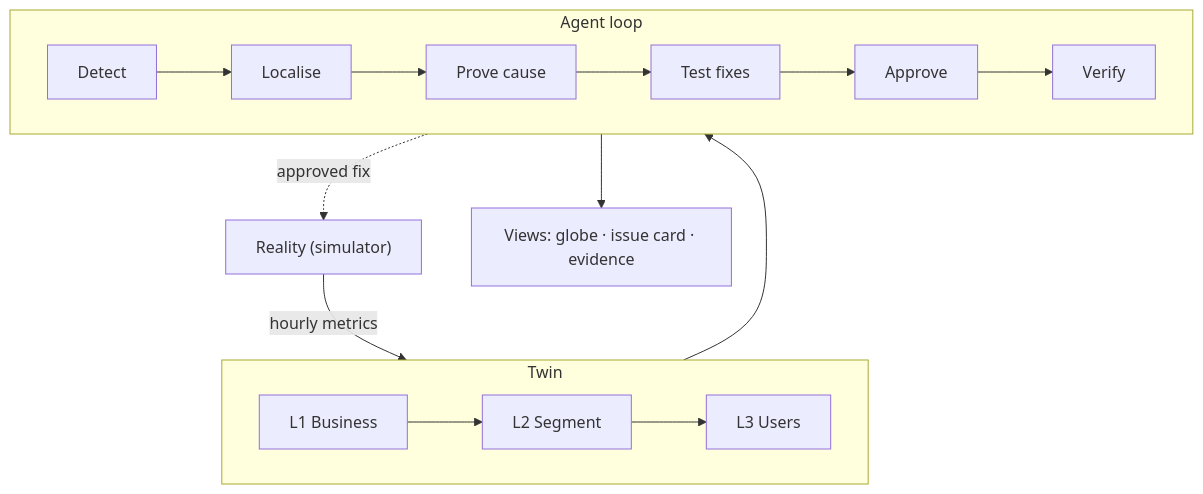
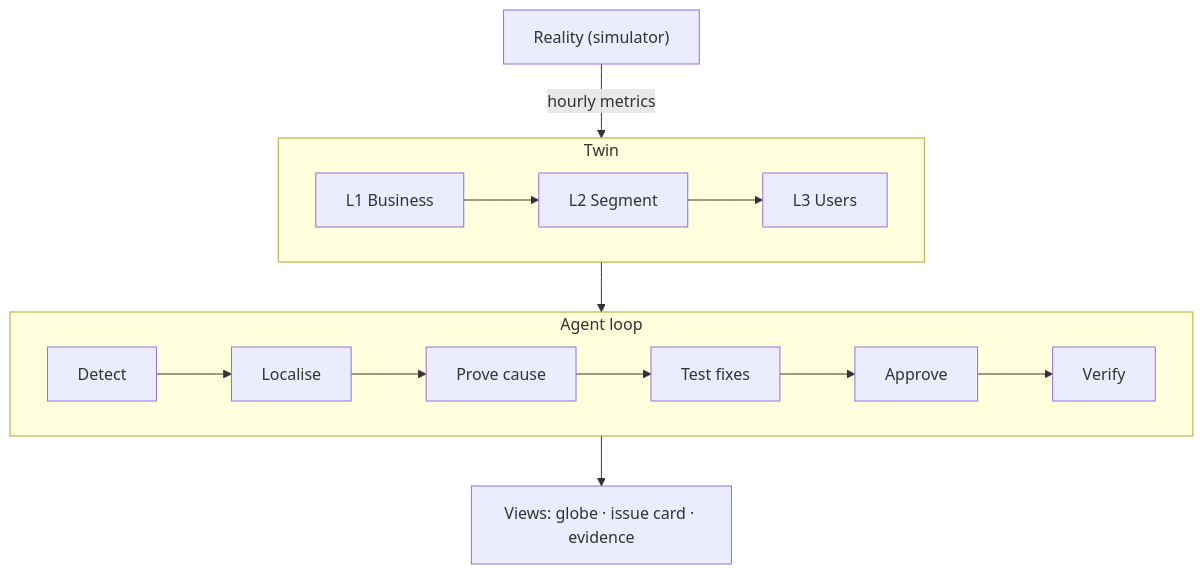
Before and after one commit to ETohidi/argus: the diagram in README.md, drawn with Mermaid. The commit also changed other lines of this file, not shown here.

Commit message:
README diagram: strict top-to-bottom order; feedback edge moved to a note

````diff
--- a/README.md
+++ b/README.md
@@ -19,15 +19,16 @@
 ```mermaid
 flowchart TB
-    R["Reality (simulator)"] -->|hourly metrics| T
+    R["Reality (simulator)"]
     subgraph T["Twin"]
         direction LR
         L1["L1 Business"] --> L2["L2 Segment"] --> L3["L3 Users"]
     end
-    T --> A
     subgraph A["Agent loop"]
         direction LR
         D["Detect"] --> LO["Localise"] --> P["Prove cause"] --> F["Test fixes"] --> AP["Approve"] --> V["Verify"]
     end
-    A --> W["Views: globe · issue card · evidence"]
-    A -. "approved fix" .-> R
+    W["Views: globe · issue card · evidence"]
+    R -->|hourly metrics| T
+    T --> A
+    A --> W
 ```
````
